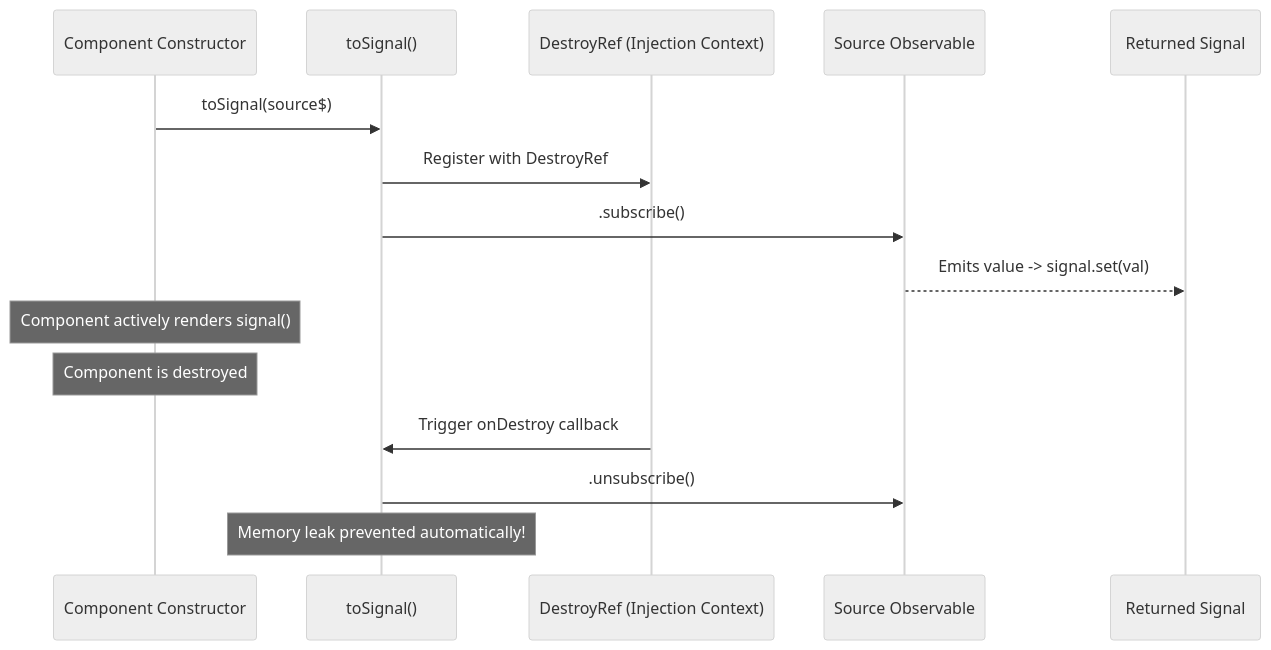
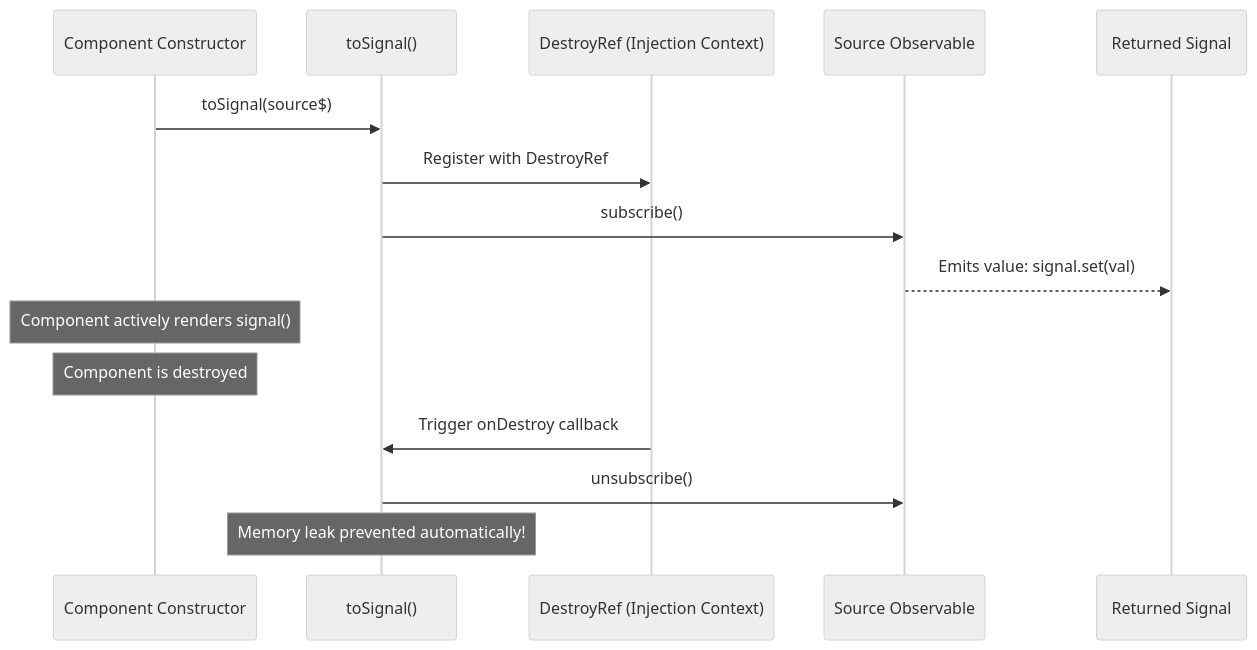
One commit to AshutoshChoubey/angular-interview-worldgyan.com changed the fourth of 7 diagrams in signals/angular-signals-interview-guide.md. Above: the diagram before and after it, drawn with Mermaid (neutral theme). The commit also changed other lines of this file and 1 other file, not shown here.

Commit message:
fix(docs): fix Mermaid diagram syntax errors for GitHub rendering

````diff
--- a/signals/angular-signals-interview-guide.md
+++ b/signals/angular-signals-interview-guide.md
@@ -373,18 +374,18 @@
 ```mermaid
 sequenceDiagram
     participant C as Component Constructor
     participant TS as toSignal()
     participant DR as DestroyRef (Injection Context)
     participant OBS as Source Observable
     participant SIG as Returned Signal
 
     C->>TS: toSignal(source$)
     TS->>DR: Register with DestroyRef
-    TS->>OBS: .subscribe()
-    OBS-->>SIG: Emits value -> signal.set(val)
+    TS->>OBS: subscribe()
+    OBS-->>SIG: Emits value: signal.set(val)
     Note over C: Component actively renders signal()
     Note over C: Component is destroyed
     DR->>TS: Trigger onDestroy callback
-    TS->>OBS: .unsubscribe()
+    TS->>OBS: unsubscribe()
     Note over TS: Memory leak prevented automatically!
 ```
````
